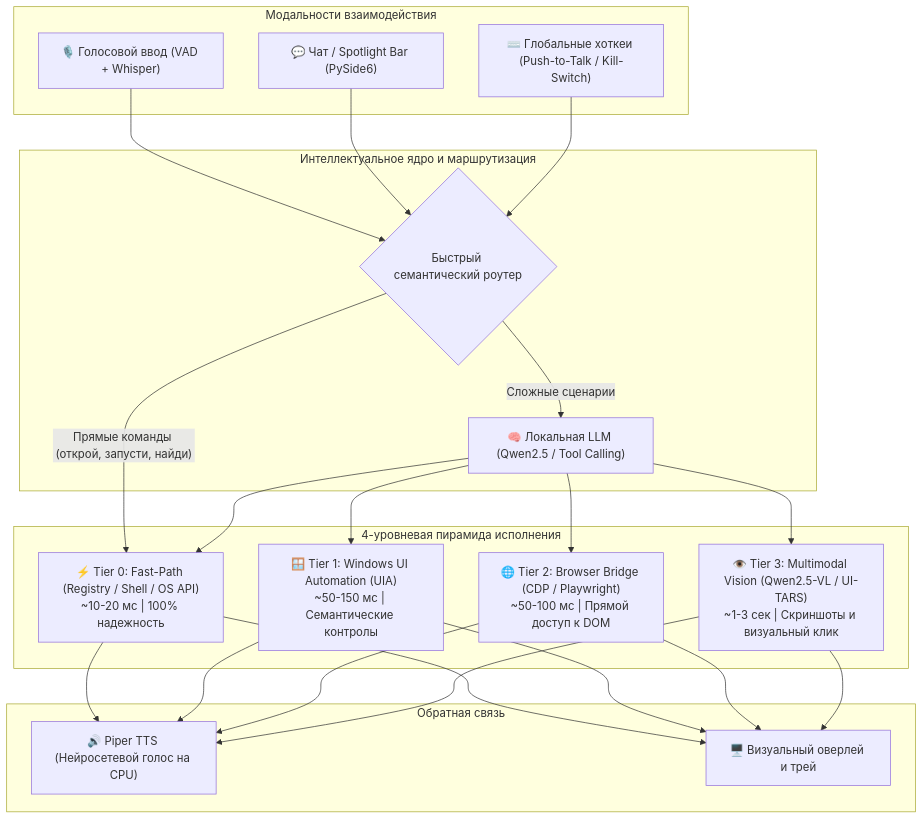
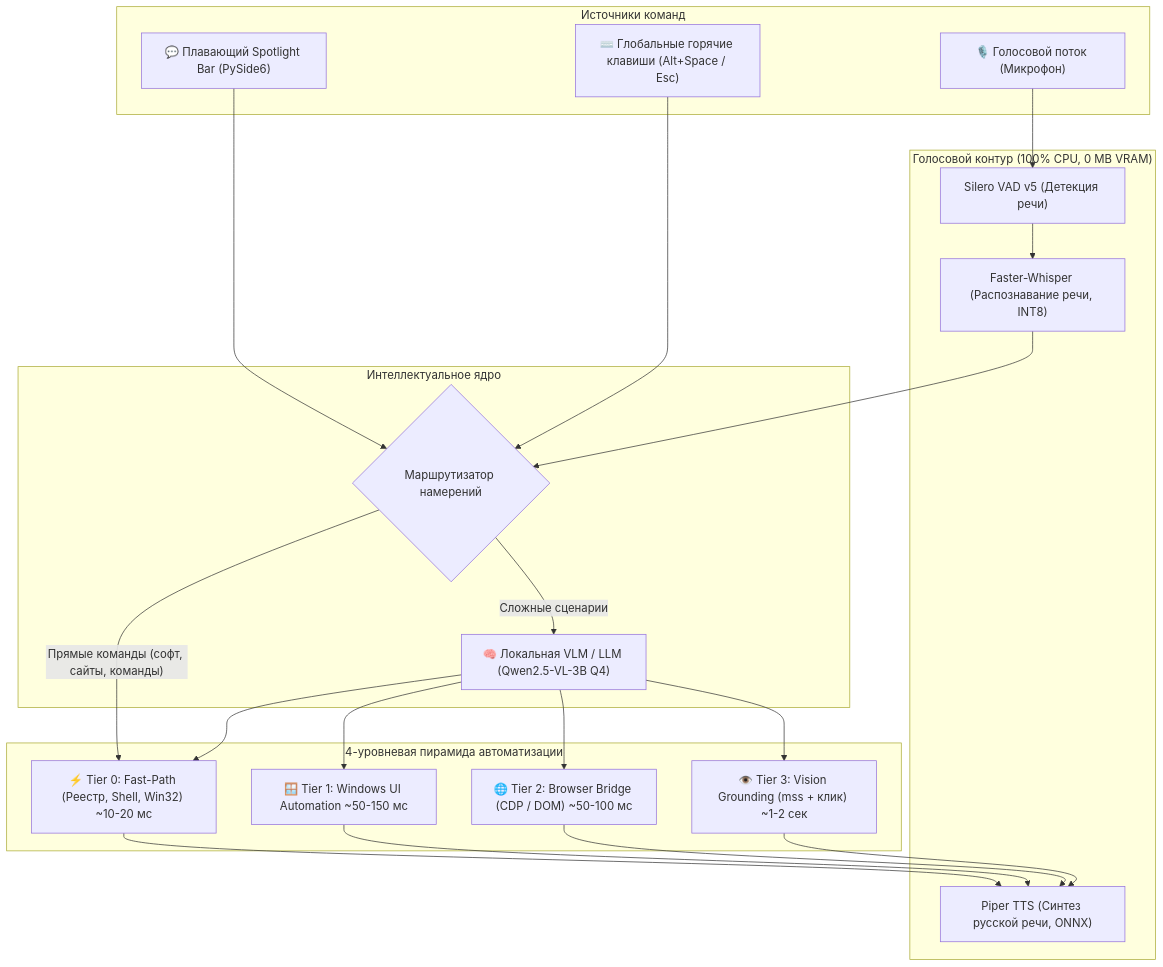
Before and after one commit to Gupkagrop/GupkaCommander: the diagram in README.md, drawn with Mermaid. The commit also changed other lines of this file and 6 other files, not shown here.

````diff
--- a/README.md
+++ b/README.md
@@ -14,40 +40,40 @@
 ```mermaid
 flowchart TD
-    subgraph Ввод["Модальности взаимодействия"]
-        V["🎙️ Голосовой ввод (VAD + Whisper)"]
-        C["💬 Чат / Spotlight Bar (PySide6)"]
-        H["⌨️ Глобальные хоткеи (Push-to-Talk / Kill-Switch)"]
+    subgraph Ввод["Источники команд"]
+        A1["🎙️ Голосовой поток (Микрофон)"]
+        A2["💬 Плавающий Spotlight Bar (PySide6)"]
+        A3["⌨️ Глобальные горячие клавиши (Alt+Space / Esc)"]
     end
 
-    subgraph Мозг["Интеллектуальное ядро и маршрутизация"]
-        R{"Быстрый семантический роутер"}
-        LLM["🧠 Локальная LLM (Qwen2.5 / Tool Calling)"]
+    subgraph ГолосовойКонтур["Голосовой контур (100% CPU, 0 MB VRAM)"]
+        B1["Silero VAD v5 (Детекция речи)"]
+        B2["Faster-Whisper (Распознавание речи, INT8)"]
+        B3["Piper TTS (Синтез русской речи, ONNX)"]
     end
 
-    subgraph Пирамида["4-уровневая пирамида исполнения"]
-        T0["⚡ Tier 0: Fast-Path (Registry / Shell / OS API)<br/>~10-20 мс | 100% надежность"]
-        T1["🪟 Tier 1: Windows UI Automation (UIA)<br/>~50-150 мс | Семантические контролы"]
-        T2["🌐 Tier 2: Browser Bridge (CDP / Playwright)<br/>~50-100 мс | Прямой доступ к DOM"]
-        T3["👁️ Tier 3: Multimodal Vision (Qwen2.5-VL / UI-TARS)<br/>~1-3 сек | Скриншоты и визуальный клик"]
+    subgraph Маршрутизация["Интеллектуальное ядро"]
+        C1{"Маршрутизатор намерений"}
+        C2["🧠 Локальная VLM / LLM (Qwen2.5-VL-3B Q4)"]
     end
 
-    subgraph Вывод["Обратная связь"]
-        TTS["🔊 Piper TTS (Нейросетевой голос на CPU)"]
-        UI["🖥️ Визуальный оверлей и трей"]
+    subgraph Исполнение["4-уровневая пирамида автоматизации"]
+        D0["⚡ Tier 0: Fast-Path (Реестр, Shell, Win32) ~10-20 мс"]
+        D1["🪟 Tier 1: Windows UI Automation ~50-150 мс"]
+        D2["🌐 Tier 2: Browser Bridge (CDP / DOM) ~50-100 мс"]
+        D3["👁️ Tier 3: Vision Grounding (mss + клик) ~1-2 сек"]
     end
 
-    V --> R
-    C --> R
-    H --> R
+    A1 --> B1 --> B2 --> C1
+    A2 --> C1
+    A3 --> C1
 
-    R -- "Прямые команды (открой, запусти, найди)" --> T0
-    R -- "Сложные сценарии" --> LLM
+    C1 -- "Прямые команды (софт, сайты, команды)" --> D0
+    C1 -- "Сложные сценарии" --> C2
 
-    LLM --> T0
-    LLM --> T1
-    LLM --> T2
-    LLM --> T3
+    C2 --> D0
+    C2 --> D1
+    C2 --> D2
+    C2 --> D3
 
-    T0 & T1 & T2 & T3 --> TTS
-    T0 & T1 & T2 & T3 --> UI
+    D0 & D1 & D2 & D3 --> B3
 ```
````
